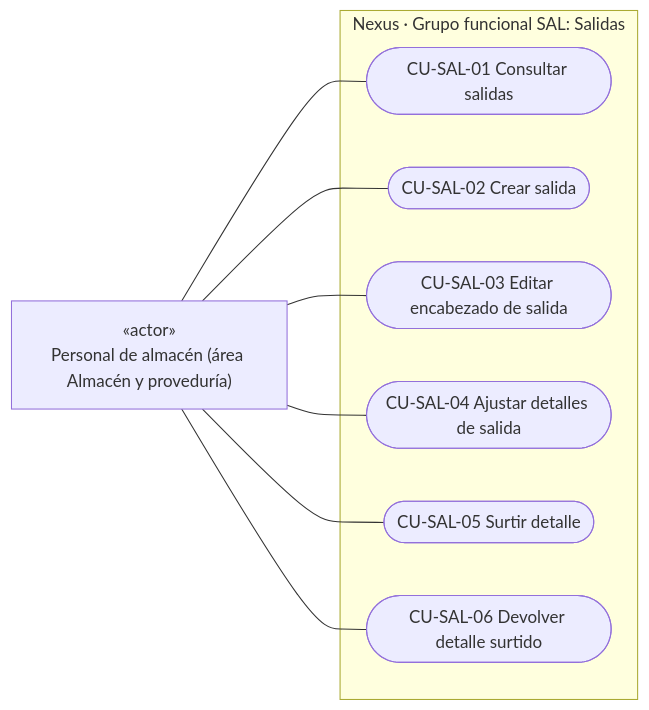
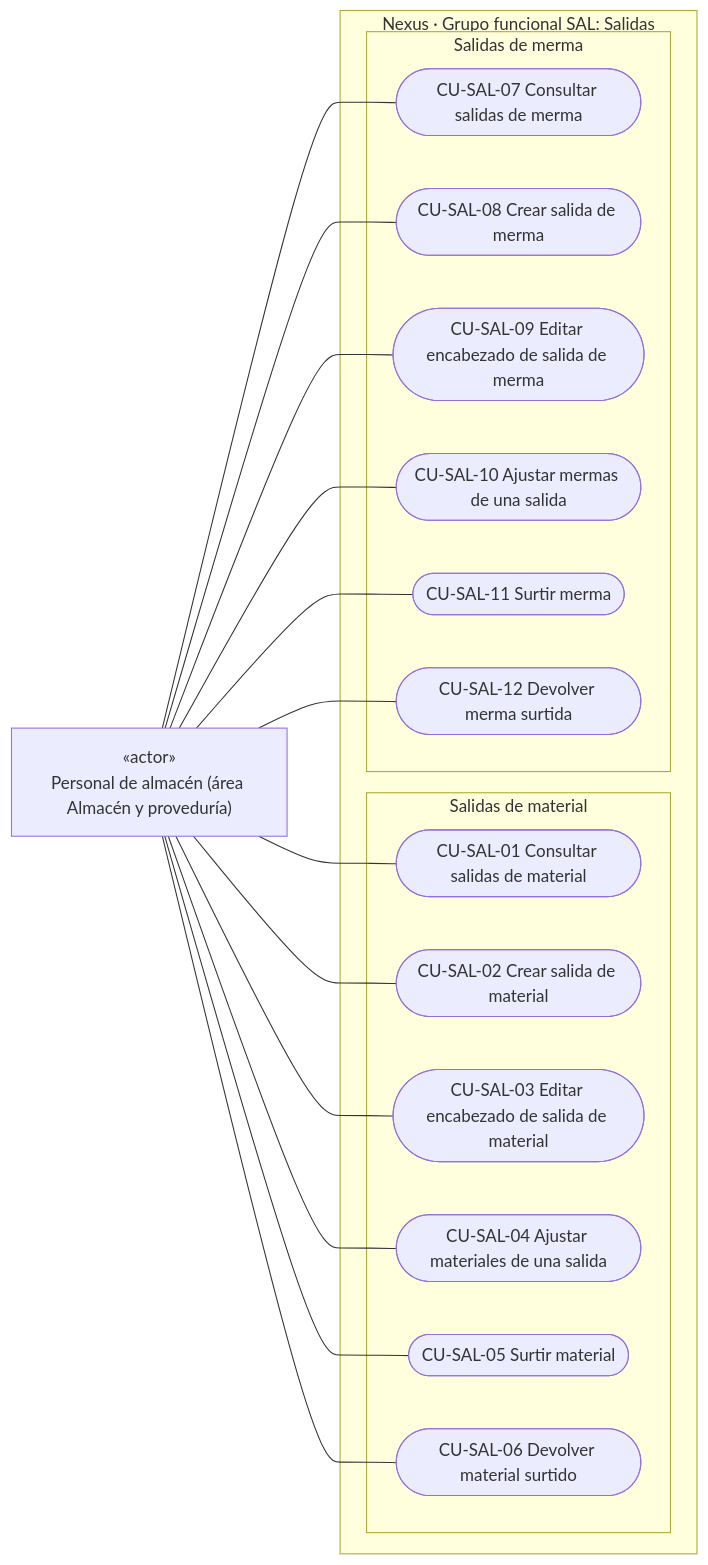
One commit to gpgsistemas01/nexus changed the fifth of 7 diagrams in docs/requirements/domain-and-use-cases.md. Above: the diagram before and after it, drawn with Mermaid. The commit also changed other lines of this file and 5 other files, not shown here.

````diff
--- a/docs/requirements/domain-and-use-cases.md
+++ b/docs/requirements/domain-and-use-cases.md
@@ -147,20 +210,36 @@
 ```mermaid
 flowchart LR
     warehouse["«actor»<br/>Personal de almacén (área Almacén y proveduría)"]
 
     subgraph issuePackage["Nexus · Grupo funcional SAL: Salidas"]
-        ucIssueQuery(["CU-SAL-01 Consultar salidas"])
-        ucIssueCreate(["CU-SAL-02 Crear salida"])
-        ucIssueHeader(["CU-SAL-03 Editar encabezado de salida"])
-        ucIssueDetails(["CU-SAL-04 Ajustar detalles de salida"])
-        ucSupply(["CU-SAL-05 Surtir detalle"])
-        ucReturn(["CU-SAL-06 Devolver detalle surtido"])
+        subgraph materialIssueFamily["Salidas de material"]
+            ucMaterialIssueQuery(["CU-SAL-01 Consultar salidas de material"])
+            ucMaterialIssueCreate(["CU-SAL-02 Crear salida de material"])
+            ucMaterialIssueHeader(["CU-SAL-03 Editar encabezado de salida de material"])
+            ucMaterialIssueDetails(["CU-SAL-04 Ajustar materiales de una salida"])
+            ucMaterialSupply(["CU-SAL-05 Surtir material"])
+            ucMaterialReturn(["CU-SAL-06 Devolver material surtido"])
+        end
+        subgraph wasteIssueFamily["Salidas de merma"]
+            ucWasteIssueQuery(["CU-SAL-07 Consultar salidas de merma"])
+            ucWasteIssueCreate(["CU-SAL-08 Crear salida de merma"])
+            ucWasteIssueHeader(["CU-SAL-09 Editar encabezado de salida de merma"])
+            ucWasteIssueDetails(["CU-SAL-10 Ajustar mermas de una salida"])
+            ucWasteSupply(["CU-SAL-11 Surtir merma"])
+            ucWasteReturn(["CU-SAL-12 Devolver merma surtida"])
+        end
     end
 
-    warehouse --- ucIssueQuery
-    warehouse --- ucIssueCreate
-    warehouse --- ucIssueHeader
-    warehouse --- ucIssueDetails
-    warehouse --- ucSupply
-    warehouse --- ucReturn
+    warehouse --- ucMaterialIssueQuery
+    warehouse --- ucMaterialIssueCreate
+    warehouse --- ucMaterialIssueHeader
+    warehouse --- ucMaterialIssueDetails
+    warehouse --- ucMaterialSupply
+    warehouse --- ucMaterialReturn
+    warehouse --- ucWasteIssueQuery
+    warehouse --- ucWasteIssueCreate
+    warehouse --- ucWasteIssueHeader
+    warehouse --- ucWasteIssueDetails
+    warehouse --- ucWasteSupply
+    warehouse --- ucWasteReturn
 ```
````
